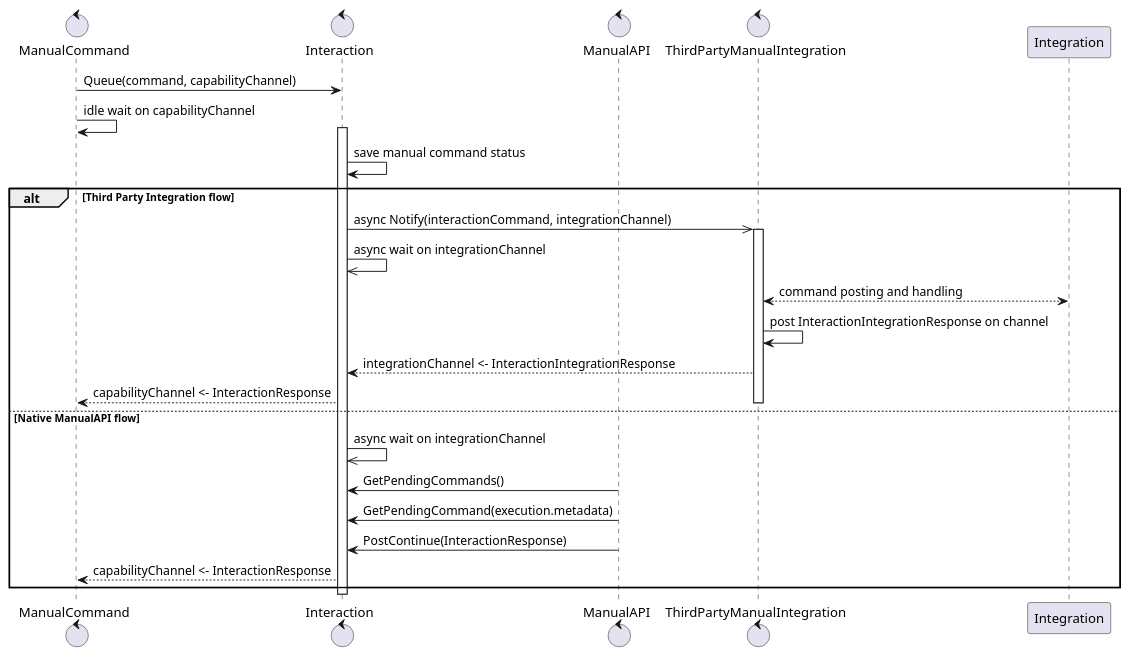
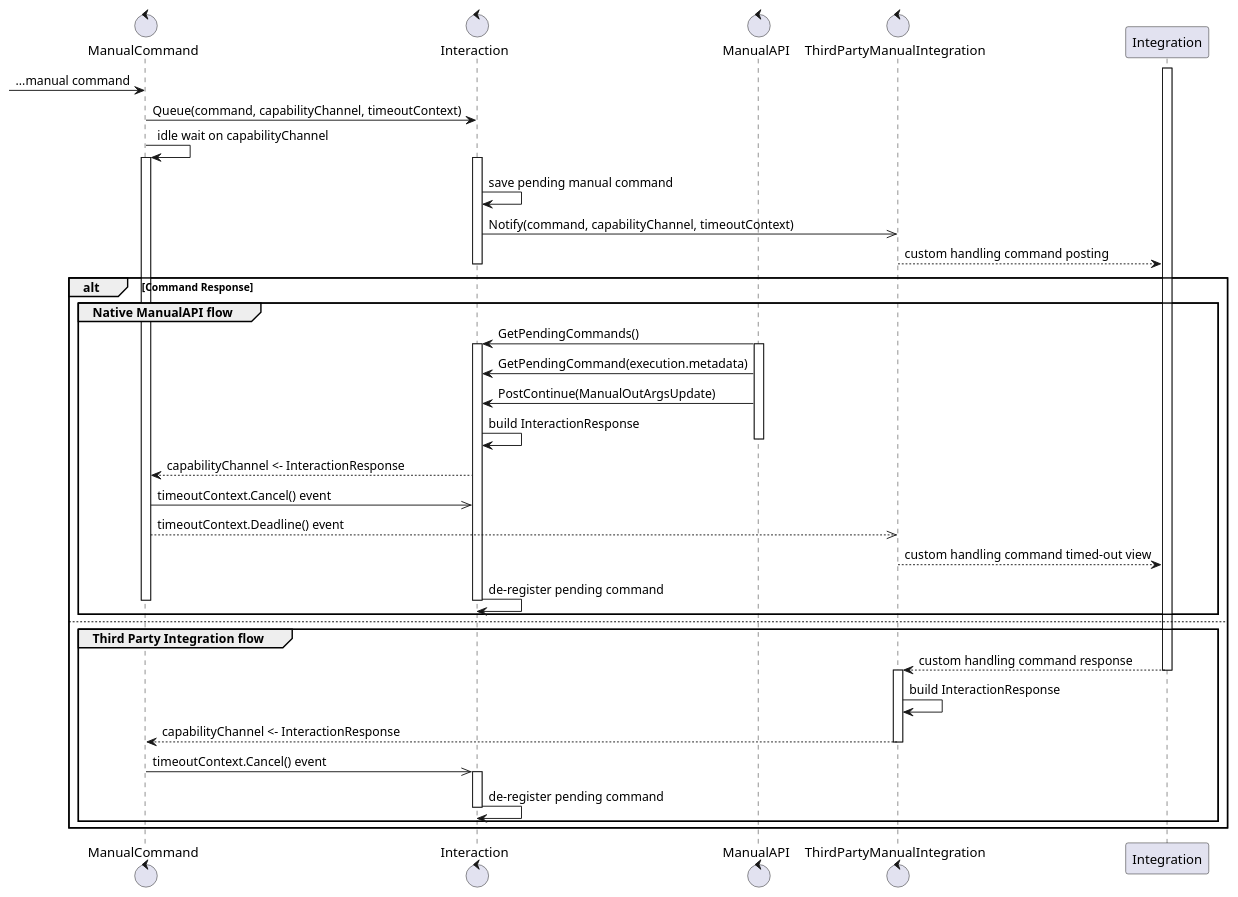
Before and after one commit to COSSAS/SOARCA: the second of 3 diagrams in docs/content/en/docs/core-components/modules.md, drawn with PlantUML. The commit also changed other lines of this file and 2 other files, not shown here.

Commit message:
correct manual documentation and playbook example

````diff
--- a/docs/content/en/docs/core-components/modules.md
+++ b/docs/content/en/docs/core-components/modules.md
@@ -404,34 +404,58 @@
 ```plantuml
 @startuml
 control "ManualCommand" as manual
 control "Interaction" as interaction
 control "ManualAPI" as api
 control "ThirdPartyManualIntegration" as 3ptool
+participant "Integration" as integration
 
+-> manual : ...manual command 
+manual -> interaction : Queue(command, capabilityChannel, timeoutContext)
+manual -> manual : idle wait on capabilityChannel
+activate manual
 
-manual -> interaction : Queue(command, capabilityChannel)
-manual -> manual : idle wait on capabilityChannel
 activate interaction
-interaction -> interaction : save manual command status
-alt Third Party Integration flow
-interaction ->> 3ptool : async Notify(interactionCommand, integrationChannel)
-activate 3ptool
-interaction ->> interaction : async wait on integrationChannel
+interaction -> interaction : save pending manual command
+interaction ->> 3ptool : Notify(command, capabilityChannel, timeoutContext)
+3ptool --> integration : custom handling command posting
+deactivate interaction
 
-3ptool <--> Integration : command posting and handling
-3ptool -> 3ptool : post InteractionIntegrationResponse on channel
-3ptool --> interaction : integrationChannel <- InteractionIntegrationResponse
-interaction --> manual : capabilityChannel <- InteractionResponse
-deactivate 3ptool
-else Native ManualAPI flow
-interaction ->> interaction : async wait on integrationChannel
-api -> interaction : GetPendingCommands()
-api -> interaction : GetPendingCommand(execution.metadata)
-api -> interaction : PostContinue(InteractionResponse)
-interaction --> manual : capabilityChannel <- InteractionResponse
+alt Command Response
+
+    group Native ManualAPI flow
+        api -> interaction : GetPendingCommands()
+        activate interaction
+        activate api
+        api -> interaction : GetPendingCommand(execution.metadata)
+        api -> interaction : PostContinue(ManualOutArgsUpdate)
+        interaction -> interaction : build InteractionResponse
+        deactivate api
+        interaction --> manual : capabilityChannel <- InteractionResponse
+        manual ->> interaction : timeoutContext.Cancel() event
+        manual -->> 3ptool : timeoutContext.Deadline() event
+        3ptool --> integration : custom handling command timed-out view
+        interaction -> interaction : de-register pending command
+        deactivate interaction
+        deactivate manual
+    end
+else 
+    group Third Party Integration flow
+        activate manual
+        activate integration
+        integration --> 3ptool : custom handling command response
+        deactivate integration
+        activate 3ptool
+        3ptool -> 3ptool : build InteractionResponse
+        3ptool --> manual : capabilityChannel <- InteractionResponse
+        deactivate 3ptool
+        manual ->> interaction : timeoutContext.Cancel() event
+        activate interaction
+        interaction -> interaction : de-register pending command
+        deactivate interaction
+        deactivate 3ptool
+        deactivate manual
+    end
 end
-
-deactivate interaction
 
 @enduml
 ```
````
